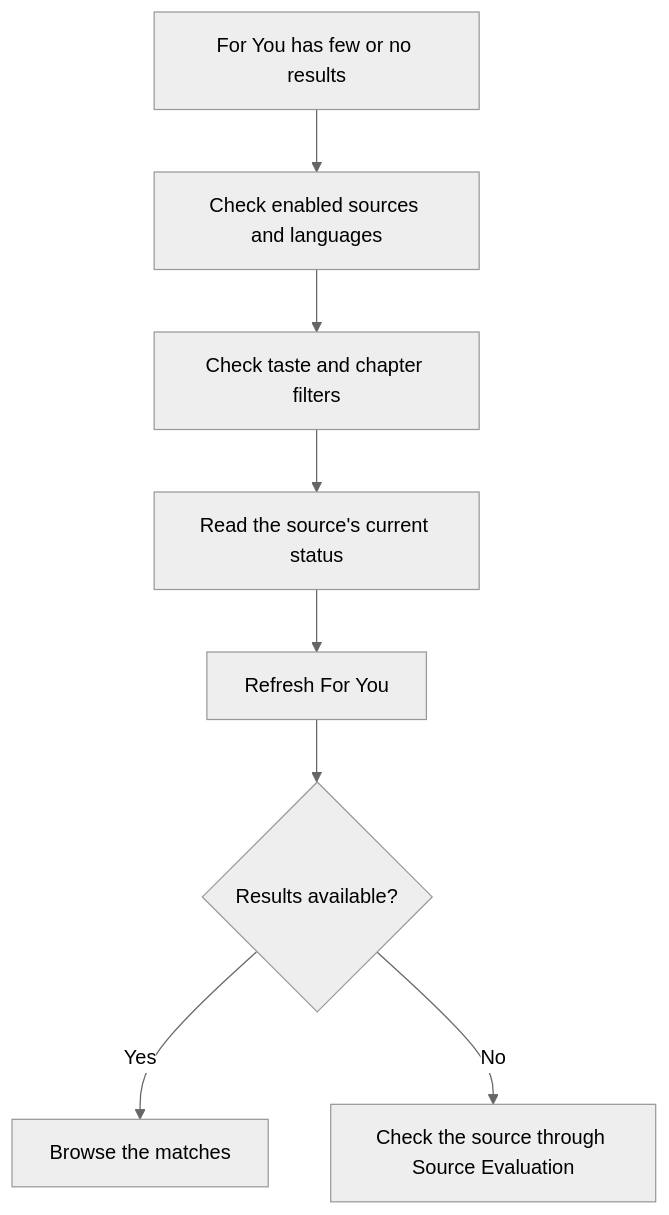
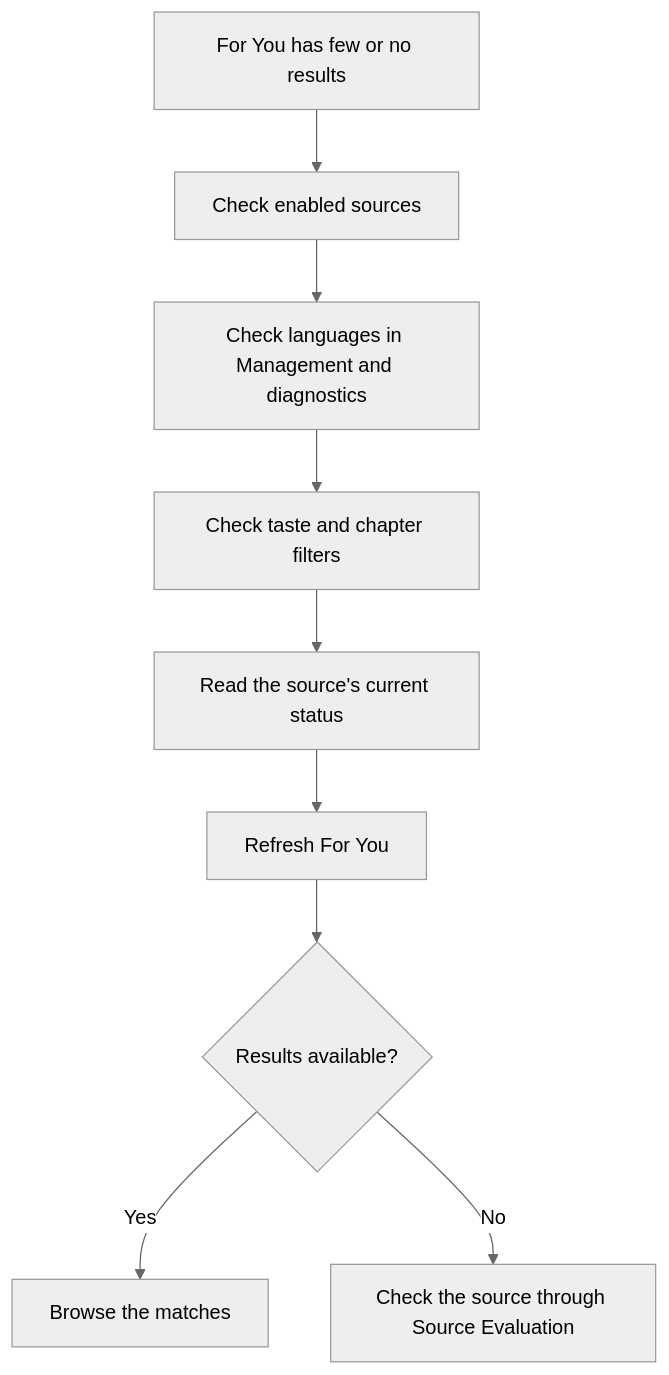
One commit to FancyCorey/komikku-fc changed the second of 4 diagrams in docs/kmk/feature-guides/troubleshooting.md. Above: the diagram before and after it, drawn with Mermaid (neutral theme). The commit also changed other lines of this file and 285 other files, not shown here.

````diff
--- a/docs/kmk/feature-guides/troubleshooting.md
+++ b/docs/kmk/feature-guides/troubleshooting.md
@@ -30,10 +30,11 @@
 ```mermaid
 flowchart TD
-    Empty["For You has few or no results"] --> Enabled["Check enabled sources and languages"]
-    Enabled --> Filters["Check taste and chapter filters"]
+    Empty["For You has few or no results"] --> Enabled["Check enabled sources"]
+    Enabled --> Languages["Check languages in Management and diagnostics"]
+    Languages --> Filters["Check taste and chapter filters"]
     Filters --> Status["Read the source's current status"]
     Status --> Refresh["Refresh For You"]
     Refresh --> Result{"Results available?"}
     Result -->|Yes| Read["Browse the matches"]
     Result -->|No| Evaluate["Check the source through Source Evaluation"]
 ```
````
